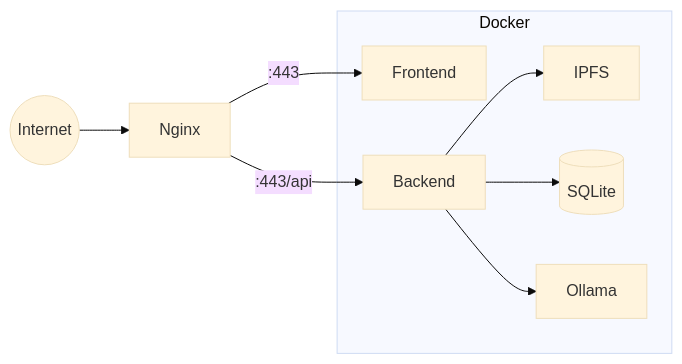
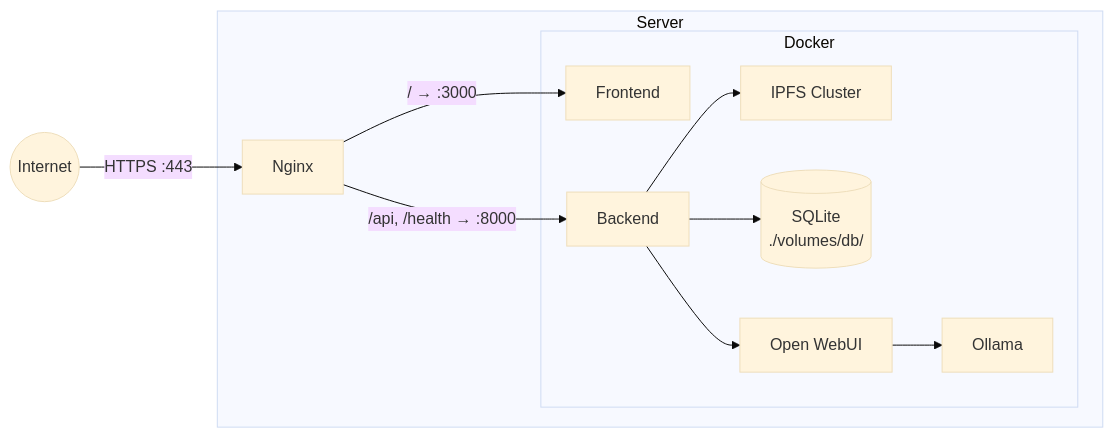
One commit to openkfw/TruSpace changed the diagram in doc/mkdocs/docs/getting-started/installation/production.md. Above: the diagram before and after it, drawn with Mermaid (base theme). The commit also changed other lines of this file and 1 other file, not shown here.

````diff
--- a/doc/mkdocs/docs/getting-started/installation/production.md
+++ b/doc/mkdocs/docs/getting-started/installation/production.md
@@ -26,17 +26,17 @@
 ```mermaid
 flowchart LR
-    Internet((Internet)) --> Nginx
-    Nginx -->|:443| Frontend
-    Nginx -->|:443/api| Backend
-    Backend --> IPFS
-    Backend --> SQLite
-    Backend --> Ollama
-    
-    subgraph Docker
-        Frontend
-        Backend
-        IPFS
-        SQLite[(SQLite)]
-        Ollama
+    Internet((Internet)) -->|HTTPS :443| Nginx
+
+    subgraph Server
+        Nginx -->|/ → :3000| Frontend
+        Nginx -->|/api, /health → :8000| Backend
+
+        subgraph Docker
+            Frontend
+            Backend --> IPFS[IPFS Cluster]
+            Backend --> DB[(SQLite\n./volumes/db/)]
+            Backend --> WebUI[Open WebUI]
+            WebUI --> Ollama
+        end
     end
 ```
````
